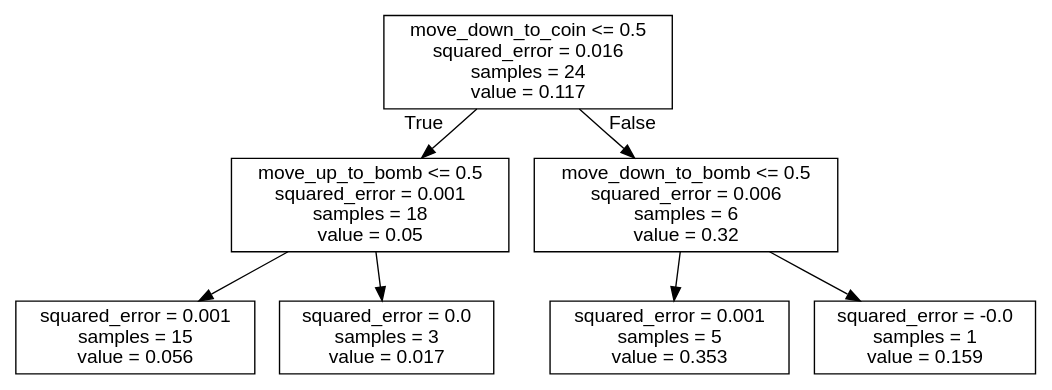
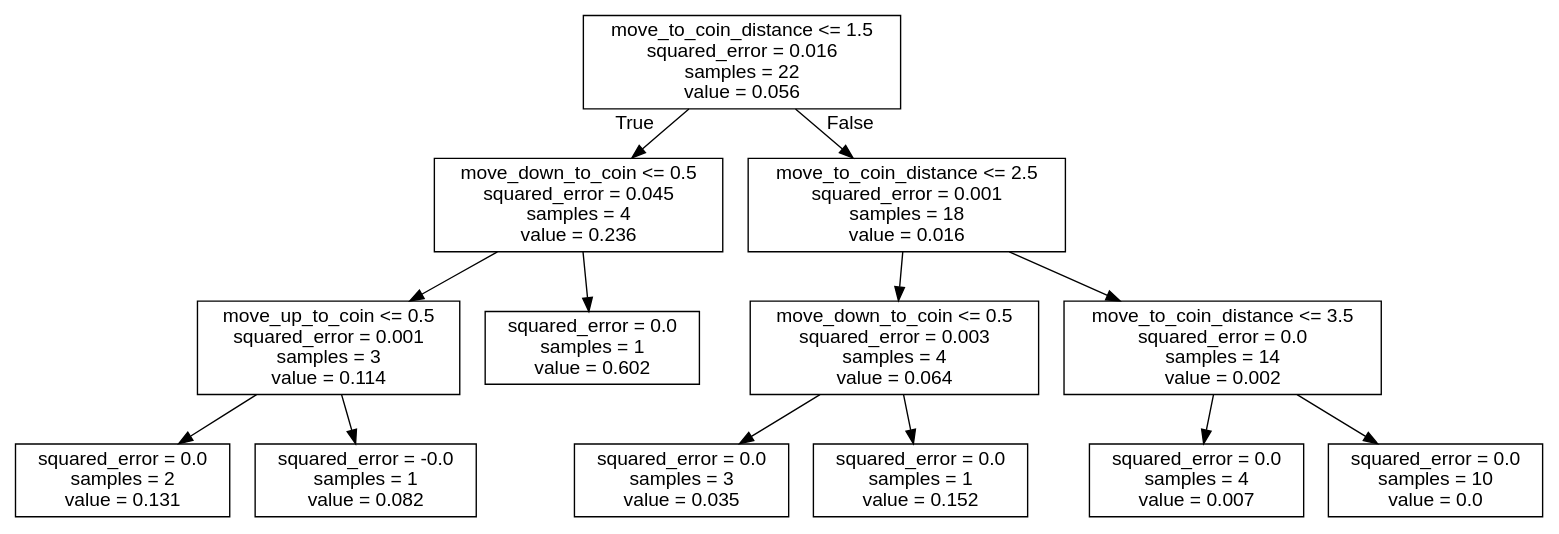
Before and after one commit to J-Gann/FML: the diagram in bomberman_rl/agent_code/my_agent/trees/DOWN.dot, drawn with Graphviz. The commit also changed 10 other files, not shown here.

```diff
--- a/bomberman_rl/agent_code/my_agent/trees/DOWN.dot
+++ b/bomberman_rl/agent_code/my_agent/trees/DOWN.dot
@@ -1,17 +1,29 @@
 digraph Tree {
 node [shape=box, fontname="helvetica"] ;
 edge [fontname="helvetica"] ;
-0 [label="move_down_to_coin <= 0.5\nsquared_error = 0.016\nsamples = 24\nvalue = 0.117"] ;
-1 [label="move_up_to_bomb <= 0.5\nsquared_error = 0.001\nsamples = 18\nvalue = 0.05"] ;
+0 [label="move_to_coin_distance <= 1.5\nsquared_error = 0.016\nsamples = 22\nvalue = 0.056"] ;
+1 [label="move_down_to_coin <= 0.5\nsquared_error = 0.045\nsamples = 4\nvalue = 0.236"] ;
 0 -> 1 [labeldistance=2.5, labelangle=45, headlabel="True"] ;
-2 [label="squared_error = 0.001\nsamples = 15\nvalue = 0.056"] ;
+2 [label="move_up_to_coin <= 0.5\nsquared_error = 0.001\nsamples = 3\nvalue = 0.114"] ;
 1 -> 2 ;
-3 [label="squared_error = 0.0\nsamples = 3\nvalue = 0.017"] ;
-1 -> 3 ;
-4 [label="move_down_to_bomb <= 0.5\nsquared_error = 0.006\nsamples = 6\nvalue = 0.32"] ;
-0 -> 4 [labeldistance=2.5, labelangle=-45, headlabel="False"] ;
-5 [label="squared_error = 0.001\nsamples = 5\nvalue = 0.353"] ;
-4 -> 5 ;
-6 [label="squared_error = -0.0\nsamples = 1\nvalue = 0.159"] ;
-4 -> 6 ;
+3 [label="squared_error = 0.0\nsamples = 2\nvalue = 0.131"] ;
+2 -> 3 ;
+4 [label="squared_error = -0.0\nsamples = 1\nvalue = 0.082"] ;
+2 -> 4 ;
+5 [label="squared_error = 0.0\nsamples = 1\nvalue = 0.602"] ;
+1 -> 5 ;
+6 [label="move_to_coin_distance <= 2.5\nsquared_error = 0.001\nsamples = 18\nvalue = 0.016"] ;
+0 -> 6 [labeldistance=2.5, labelangle=-45, headlabel="False"] ;
+7 [label="move_down_to_coin <= 0.5\nsquared_error = 0.003\nsamples = 4\nvalue = 0.064"] ;
+6 -> 7 ;
+8 [label="squared_error = 0.0\nsamples = 3\nvalue = 0.035"] ;
+7 -> 8 ;
+9 [label="squared_error = 0.0\nsamples = 1\nvalue = 0.152"] ;
+7 -> 9 ;
+10 [label="move_to_coin_distance <= 3.5\nsquared_error = 0.0\nsamples = 14\nvalue = 0.002"] ;
+6 -> 10 ;
+11 [label="squared_error = 0.0\nsamples = 4\nvalue = 0.007"] ;
+10 -> 11 ;
+12 [label="squared_error = 0.0\nsamples = 10\nvalue = 0.0"] ;
+10 -> 12 ;
 }
```
